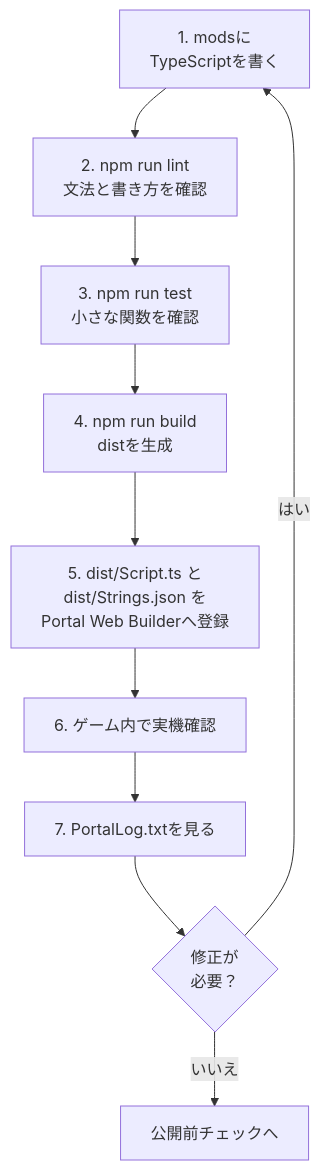
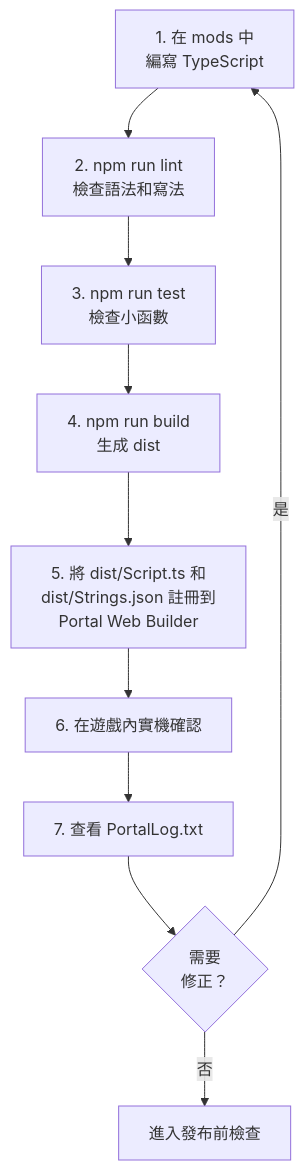
Before and after one commit to link1345/bf-portal-book: the diagram in content/locales/zh-TW/chapters/6b-development.md, drawn with Mermaid. The commit also changed other lines of this file and 2 other files, not shown here.

````diff
--- a/content/locales/zh-TW/chapters/6b-development.md
+++ b/content/locales/zh-TW/chapters/6b-development.md
@@ -107,15 +107,15 @@
 ```mermaid
 flowchart TD
-  mods["1. modsに<br/>TypeScriptを書く"]
-  lint["2. npm run lint<br/>文法と書き方を確認"]
-  test["3. npm run test<br/>小さな関数を確認"]
-  build["4. npm run build<br/>distを生成"]
-  portal["5. dist/Script.ts と<br/>dist/Strings.json を<br/>Portal Web Builderへ登録"]
-  play["6. ゲーム内で実機確認"]
-  log["7. PortalLog.txtを見る"]
-  ok{"修正が<br/>必要？"}
+  mods["1. 在 mods 中<br/>編寫 TypeScript"]
+  lint["2. npm run lint<br/>檢查語法和寫法"]
+  test["3. npm run test<br/>檢查小函數"]
+  build["4. npm run build<br/>生成 dist"]
+  portal["5. 將 dist/Script.ts 和<br/>dist/Strings.json 註冊到<br/>Portal Web Builder"]
+  play["6. 在遊戲內實機確認"]
+  log["7. 查看 PortalLog.txt"]
+  ok{"需要<br/>修正？"}
 
   mods --> lint --> test --> build --> portal --> play --> log --> ok
-  ok -- "はい" --> mods
-  ok -- "いいえ" --> done["公開前チェックへ"]
+  ok -- "是" --> mods
+  ok -- "否" --> done["進入發布前檢查"]
 ```
````
